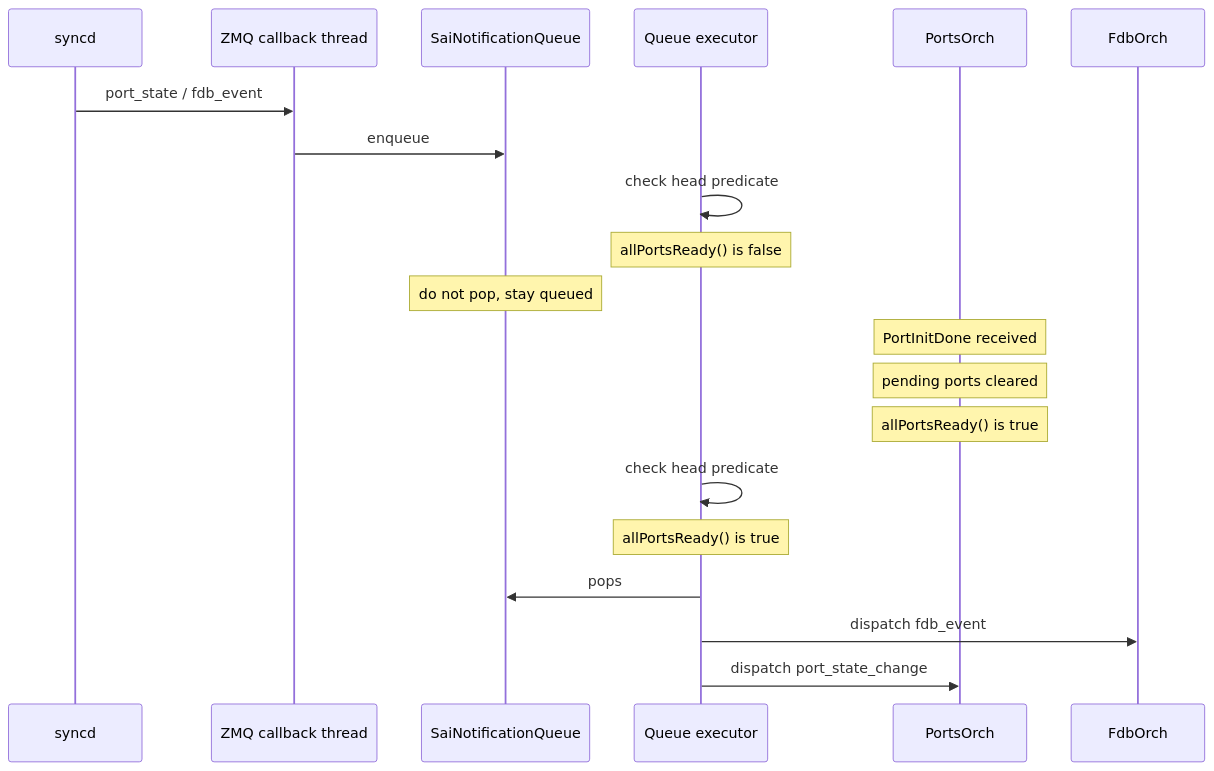
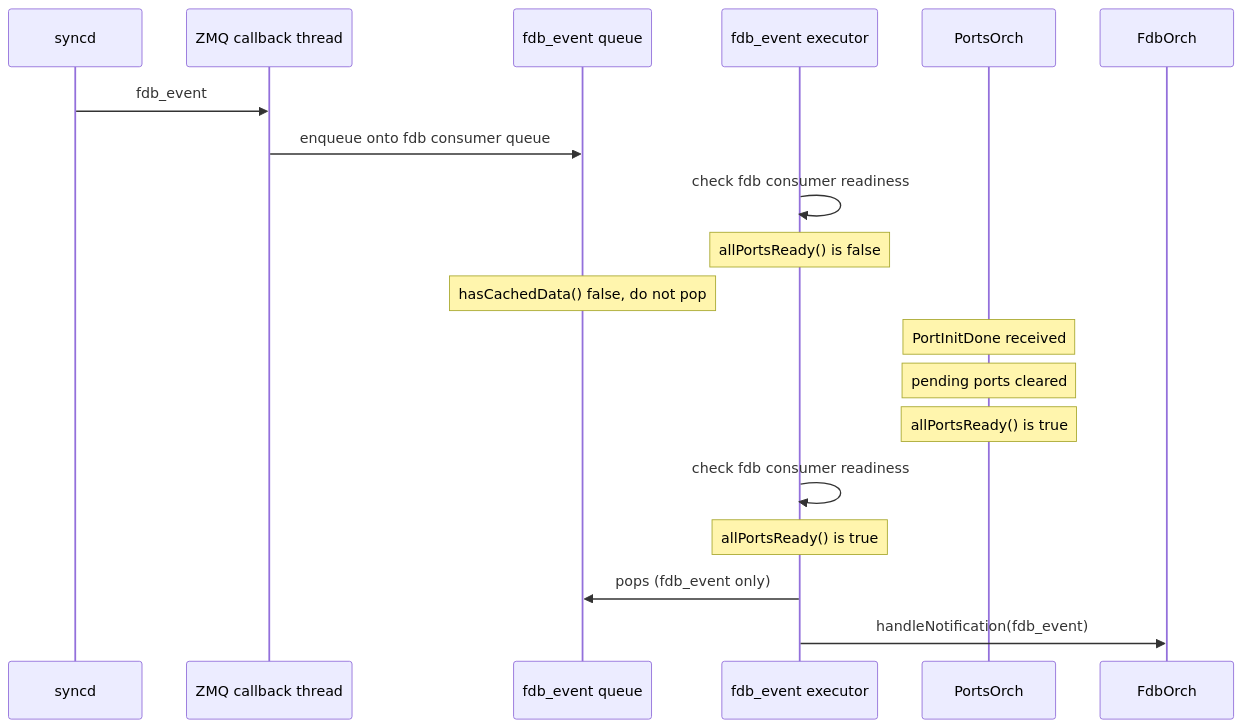
One commit to sonic-net/sonic-buildimage changed the ninth of 10 diagrams in hld/zmq-southbound-sai-notification-handling.md. Above: the diagram before and after it, drawn with Mermaid. The commit also changed other lines of this file, not shown here.

Commit message:
Align Option 3 HLD with per-consumer notification queue design Document per-consumer queues, LruDedup/FIFO policy, readiness on SaiNotificationQueue, Redis-parity hasCachedData(), and COUNTERS_DB telemetry so the HLD matches the implementation under review.

````diff
--- a/hld/zmq-southbound-sai-notification-handling.md
+++ b/hld/zmq-southbound-sai-notification-handling.md
@@ -977,25 +1088,24 @@
 ```mermaid
 sequenceDiagram
     participant syncd
     participant Callback as ZMQ callback thread
-    participant Queue as SaiNotificationQueue
-    participant Executor as Queue executor
+    participant FdbQueue as fdb_event queue
+    participant FdbExec as fdb_event executor
     participant PortsOrch
     participant FdbOrch
 
-    syncd->>Callback: port_state / fdb_event
-    Callback->>Queue: enqueue
-    Executor->>Executor: check head predicate
-    Note over Executor: allPortsReady() is false
-    Note over Queue: do not pop, stay queued
+    syncd->>Callback: fdb_event
+    Callback->>FdbQueue: enqueue onto fdb consumer queue
+    FdbExec->>FdbExec: check fdb consumer readiness
+    Note over FdbExec: allPortsReady() is false
+    Note over FdbQueue: hasCachedData() false, do not pop
 
     Note over PortsOrch: PortInitDone received
     Note over PortsOrch: pending ports cleared
     Note over PortsOrch: allPortsReady() is true
 
-    Executor->>Executor: check head predicate
-    Note over Executor: allPortsReady() is true
-    Executor->>Queue: pops
-    Executor->>FdbOrch: dispatch fdb_event
-    Executor->>PortsOrch: dispatch port_state_change
+    FdbExec->>FdbExec: check fdb consumer readiness
+    Note over FdbExec: allPortsReady() is true
+    FdbExec->>FdbQueue: pops (fdb_event only)
+    FdbExec->>FdbOrch: handleNotification(fdb_event)
 ```
````
